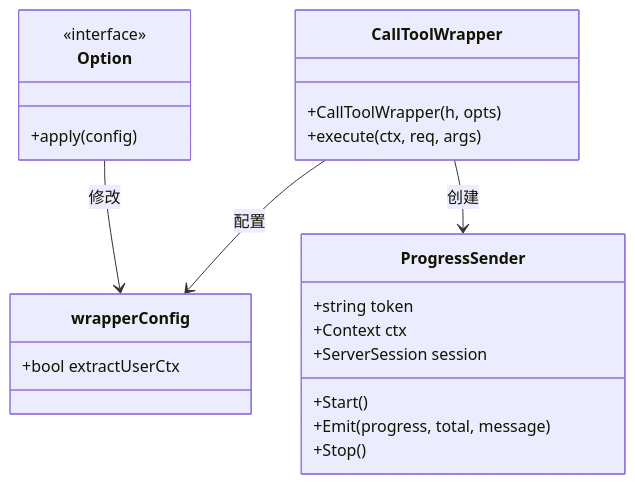
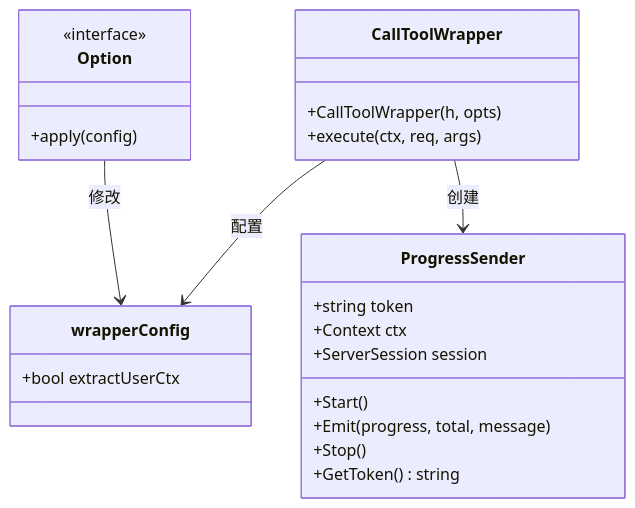
One commit to maomao94/zero-service changed the sixth of 9 diagrams in .qoder/repowiki/zh/content/Test Progress Tool.md. Above: the diagram before and after it, drawn with Mermaid. The commit also changed other lines of this file and 58 other files, not shown here.

````diff
--- a/.qoder/repowiki/zh/content/Test Progress Tool.md
+++ b/.qoder/repowiki/zh/content/Test Progress Tool.md
@@ -273,25 +332,26 @@
 ```mermaid
 classDiagram
 class wrapperConfig {
 +bool extractUserCtx
 }
 class CallToolWrapper {
 +CallToolWrapper(h, opts)
 +execute(ctx, req, args)
 }
 class Option {
 <<interface>>
 +apply(config)
 }
 class ProgressSender {
 +string token
 +Context ctx
 +ServerSession session
 +Start()
 +Emit(progress, total, message)
 +Stop()
++GetToken() string
 }
 CallToolWrapper --> wrapperConfig : 配置
 Option --> wrapperConfig : 修改
 CallToolWrapper --> ProgressSender : 创建
 ```
````
